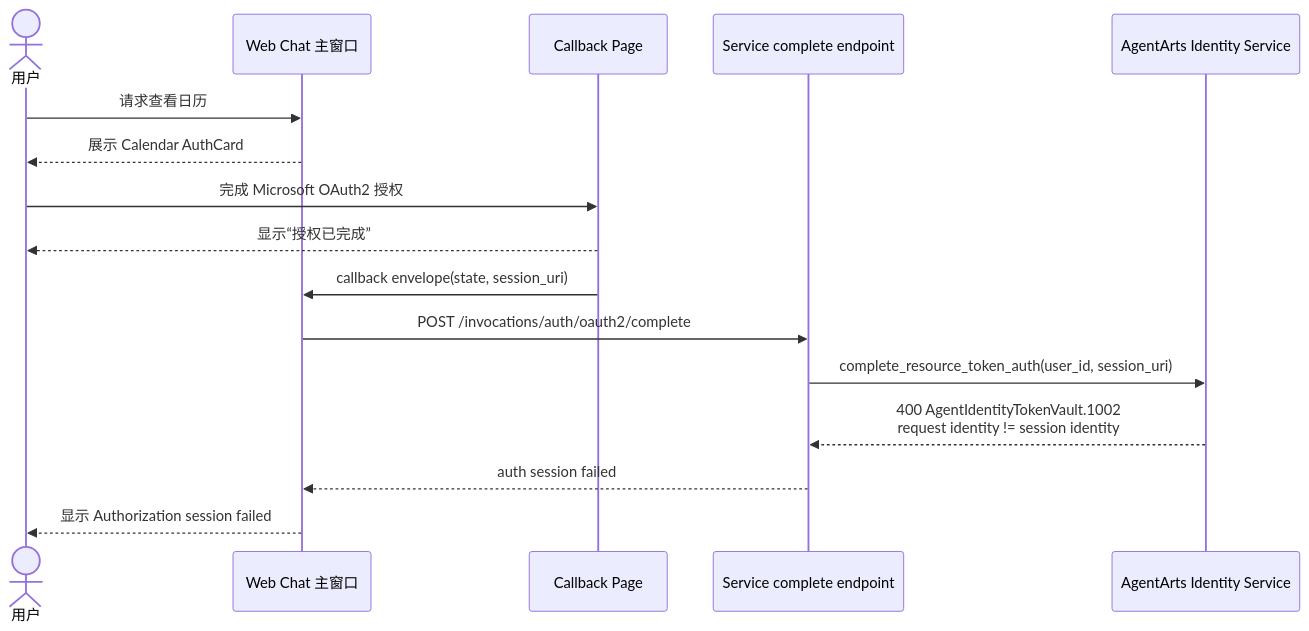
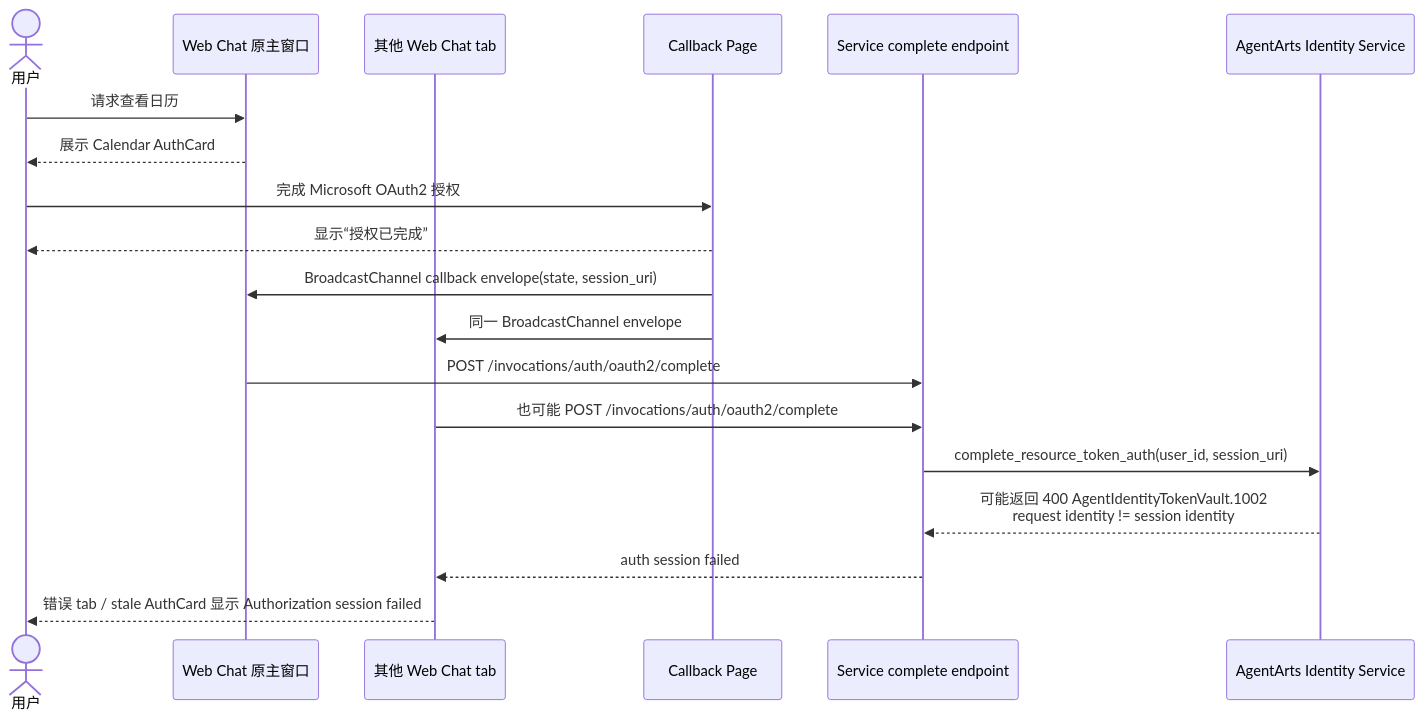
The diagram in personal-assistant-meta/issues/bugs/bug-21-calendar-oauth2-complete-session-identity-mismatch/issue.md (T-1009/personal-assistant), drawn with Mermaid before and after one commit. The commit also changed other lines of this file and 2 other files, not shown here.

First line of the commit message:
fix: ignore calendar OAuth requests from other chat tabs

````diff
--- a/personal-assistant-meta/issues/bugs/bug-21-calendar-oauth2-complete-session-identity-mismatch/issue.md
+++ b/personal-assistant-meta/issues/bugs/bug-21-calendar-oauth2-complete-session-identity-mismatch/issue.md
@@ -61,19 +87,22 @@
 ```mermaid
 sequenceDiagram
     actor User as 用户
-    participant UI as Web Chat 主窗口
+    participant UI as Web Chat 原主窗口
+    participant OtherUI as 其他 Web Chat tab
     participant CB as Callback Page
     participant API as Service complete endpoint
     participant IdSvc as AgentArts Identity Service
 
     User->>UI: 请求查看日历
     UI-->>User: 展示 Calendar AuthCard
     User->>CB: 完成 Microsoft OAuth2 授权
     CB-->>User: 显示“授权已完成”
-    CB->>UI: callback envelope(state, session_uri)
+    CB->>UI: BroadcastChannel callback envelope(state, session_uri)
+    CB->>OtherUI: 同一 BroadcastChannel envelope
     UI->>API: POST /invocations/auth/oauth2/complete
+    OtherUI->>API: 也可能 POST /invocations/auth/oauth2/complete
     API->>IdSvc: complete_resource_token_auth(user_id, session_uri)
-    IdSvc-->>API: 400 AgentIdentityTokenVault.1002<br/>request identity != session identity
-    API-->>UI: auth session failed
-    UI-->>User: 显示 Authorization session failed
+    IdSvc-->>API: 可能返回 400 AgentIdentityTokenVault.1002<br/>request identity != session identity
+    API-->>OtherUI: auth session failed
+    OtherUI-->>User: 错误 tab / stale AuthCard 显示 Authorization session failed
 ```
````
